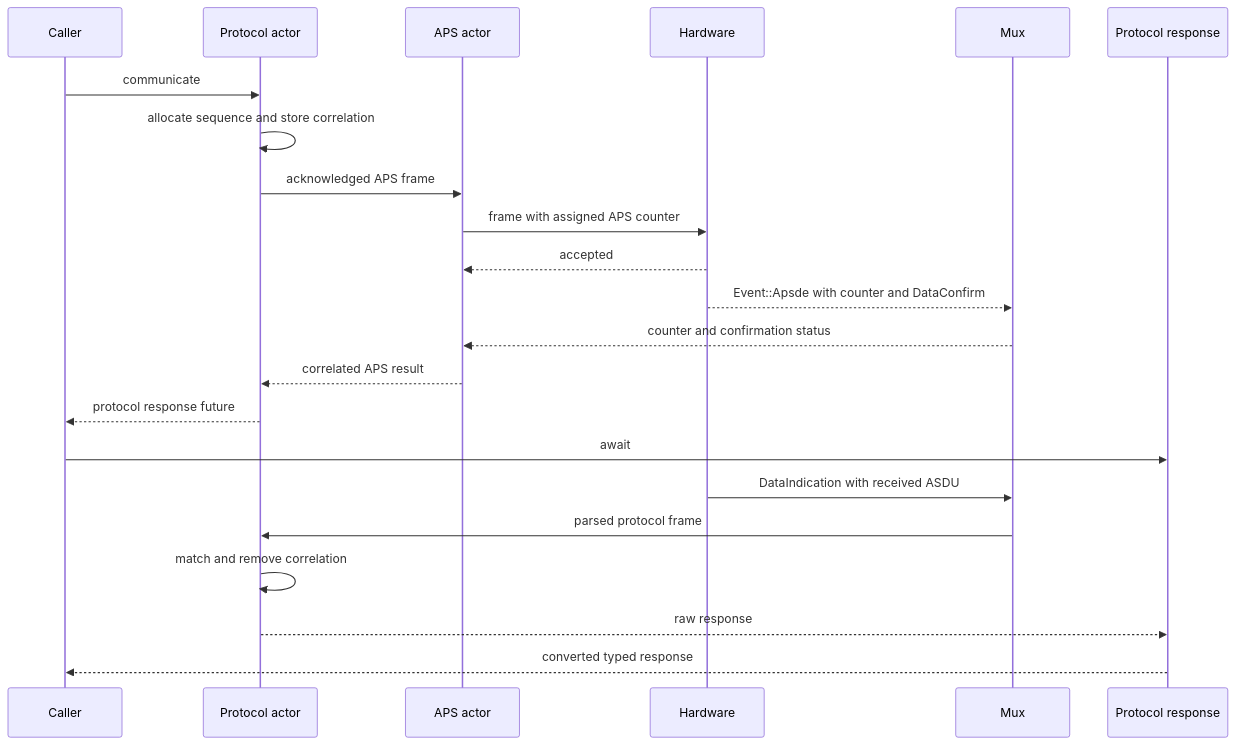
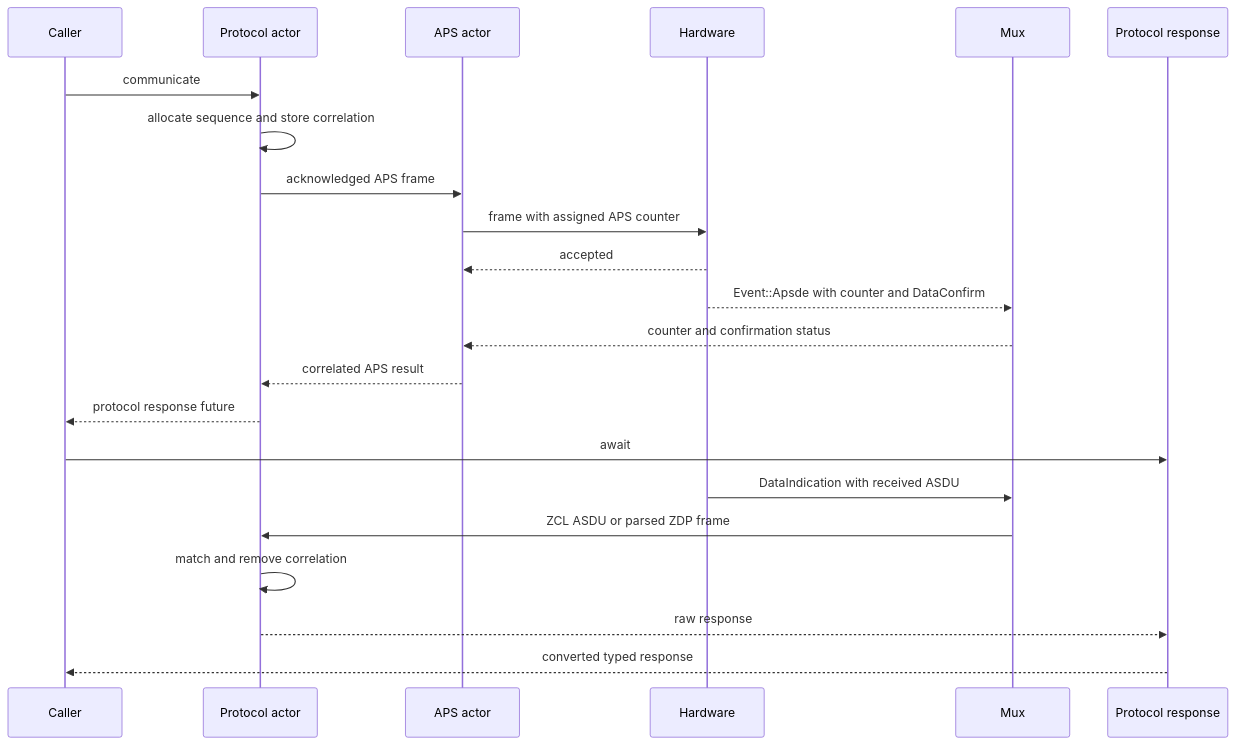
The third of 4 diagrams in coordinator/ARCHITECTURE.md (PaulmannLighting/apis-saltans), drawn with Mermaid before and after one commit. The commit also changed other lines of this file and 10 other files, not shown here.

````diff
--- a/coordinator/ARCHITECTURE.md
+++ b/coordinator/ARCHITECTURE.md
@@ -354,25 +358,25 @@
 ```mermaid
 sequenceDiagram
     participant API as Caller
     participant P as Protocol actor
     participant A as APS actor
     participant H as Hardware
     participant M as Mux
     participant R as Protocol response
 
     API->>P: communicate
     P->>P: allocate sequence and store correlation
     P->>A: acknowledged APS frame
     A->>H: frame with assigned APS counter
     H-->>A: accepted
     H-->>M: Event::Apsde with counter and DataConfirm
     M-->>A: counter and confirmation status
     A-->>P: correlated APS result
     P-->>API: protocol response future
     API->>R: await
     H->>M: DataIndication with received ASDU
-    M->>P: parsed protocol frame
+    M->>P: ZCL ASDU or parsed ZDP frame
     P->>P: match and remove correlation
     P-->>R: raw response
     R-->>API: converted typed response
 ```
````
